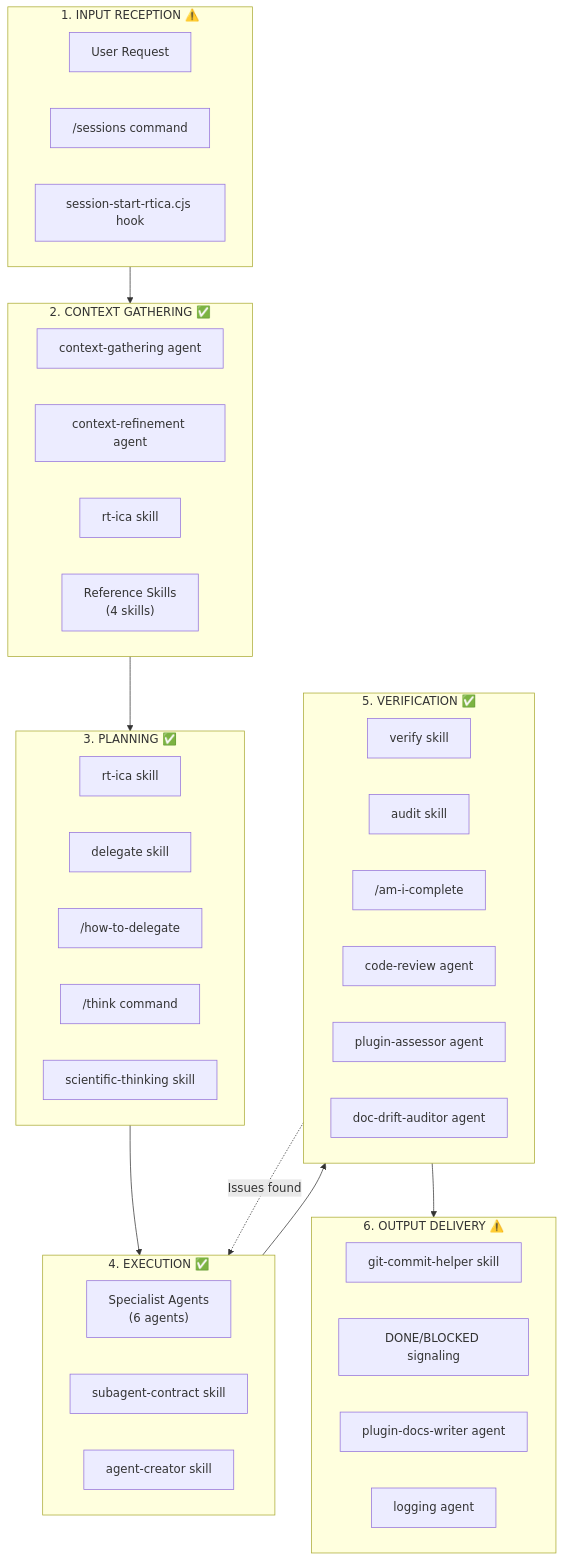
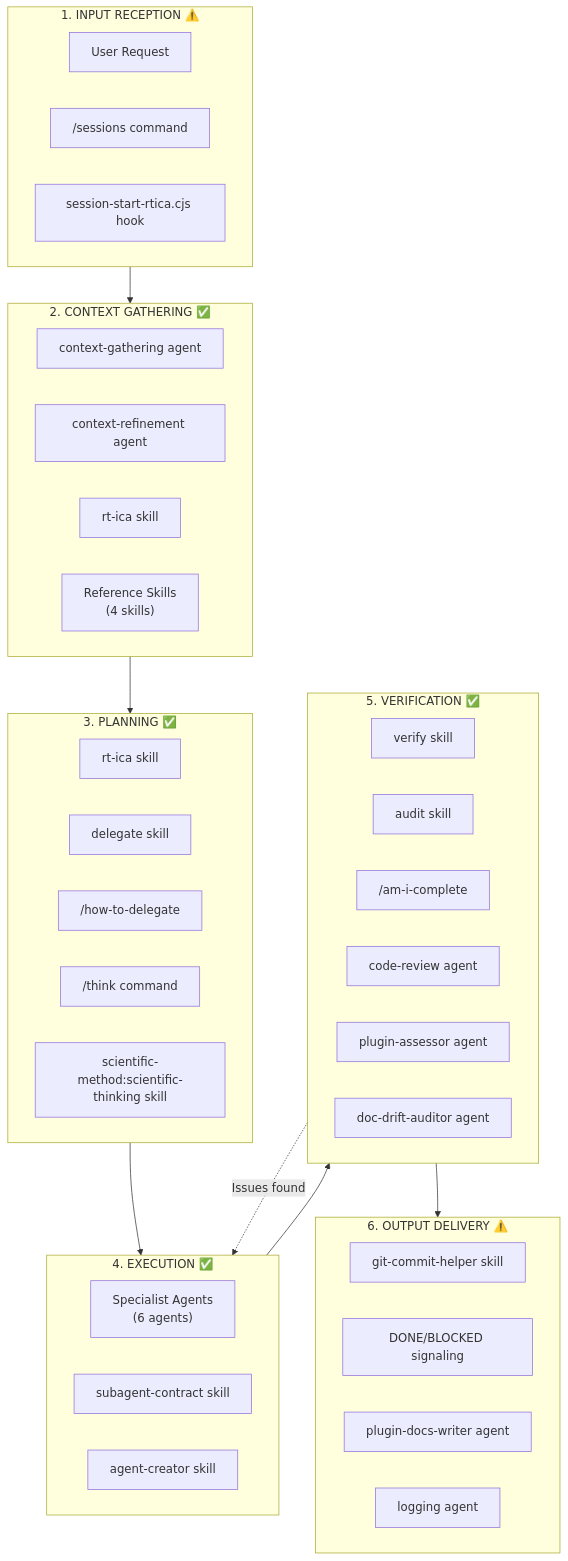
The first of 7 diagrams in .claude/knowledge/workflow-diagrams/master-workflow.md (chgreer1070/claude_skills), drawn with Mermaid before and after one commit. The commit also changed other lines of this file and 9 other files, not shown here.

Commit message:
fix(scientific-method): update all upstream references to new plugin skill paths

````diff
--- a/.claude/knowledge/workflow-diagrams/master-workflow.md
+++ b/.claude/knowledge/workflow-diagrams/master-workflow.md
@@ -9,52 +9,52 @@
 ```mermaid
 flowchart TB
     subgraph INPUT["1. INPUT RECEPTION ⚠️"]
         I1[User Request]
         I2["/sessions command"]
         I3["session-start-rtica.cjs hook"]
     end
 
     subgraph CONTEXT["2. CONTEXT GATHERING ✅"]
         C1["context-gathering agent"]
         C2["context-refinement agent"]
         C3["rt-ica skill"]
         C4["Reference Skills<br/>(4 skills)"]
     end
 
     subgraph PLANNING["3. PLANNING ✅"]
         P1["rt-ica skill"]
         P2["delegate skill"]
         P3["/how-to-delegate"]
         P4["/think command"]
-        P5["scientific-thinking skill"]
+        P5["scientific-method:scientific-thinking skill"]
     end
 
     subgraph EXECUTION["4. EXECUTION ✅"]
         E1["Specialist Agents<br/>(6 agents)"]
         E2["subagent-contract skill"]
         E3["agent-creator skill"]
     end
 
     subgraph VERIFICATION["5. VERIFICATION ✅"]
         V1["verify skill"]
         V2["audit skill"]
         V3["/am-i-complete"]
         V4["code-review agent"]
         V5["plugin-assessor agent"]
         V6["doc-drift-auditor agent"]
     end
 
     subgraph OUTPUT["6. OUTPUT DELIVERY ⚠️"]
         O1["git-commit-helper skill"]
         O2["DONE/BLOCKED signaling"]
         O3["plugin-docs-writer agent"]
         O4["logging agent"]
     end
 
     INPUT --> CONTEXT
     CONTEXT --> PLANNING
     PLANNING --> EXECUTION
     EXECUTION --> VERIFICATION
     VERIFICATION --> OUTPUT
     VERIFICATION -.->|"Issues found"| EXECUTION
 ```
````
